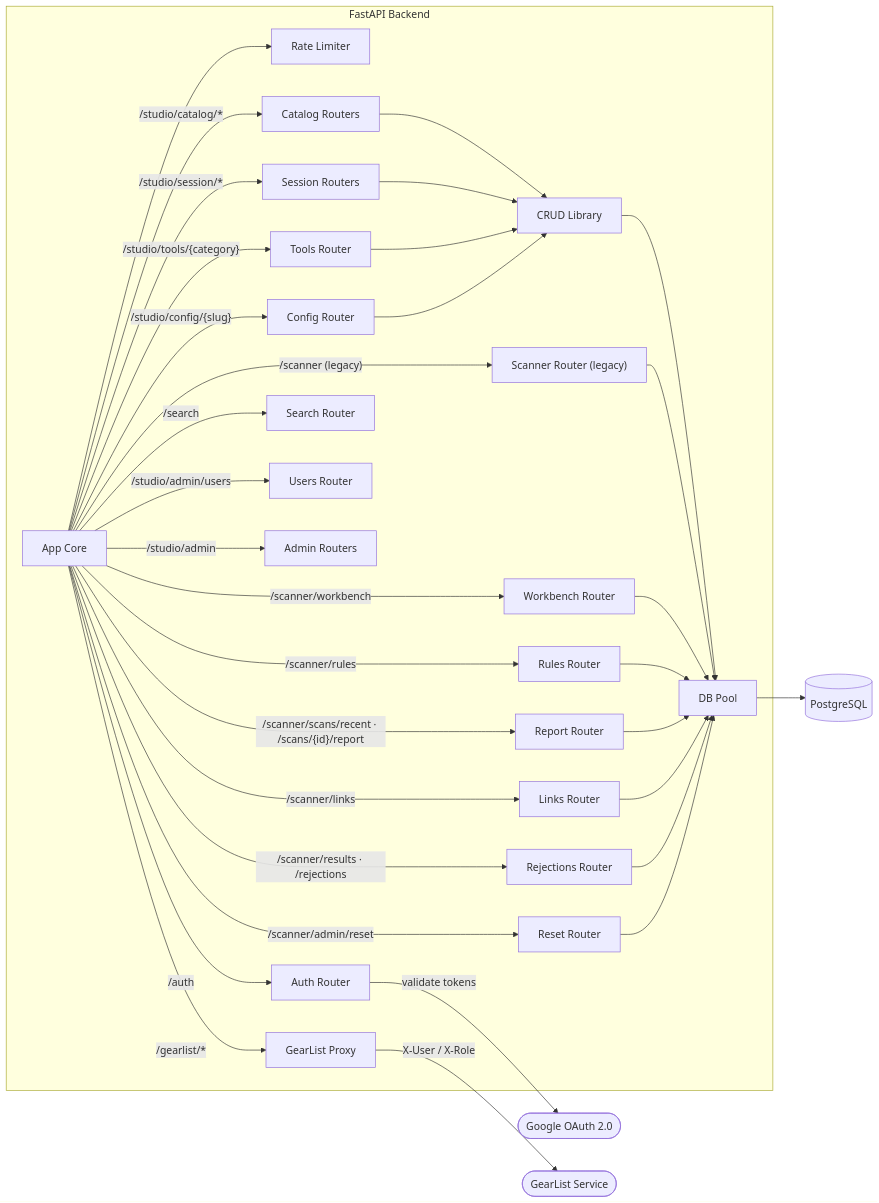
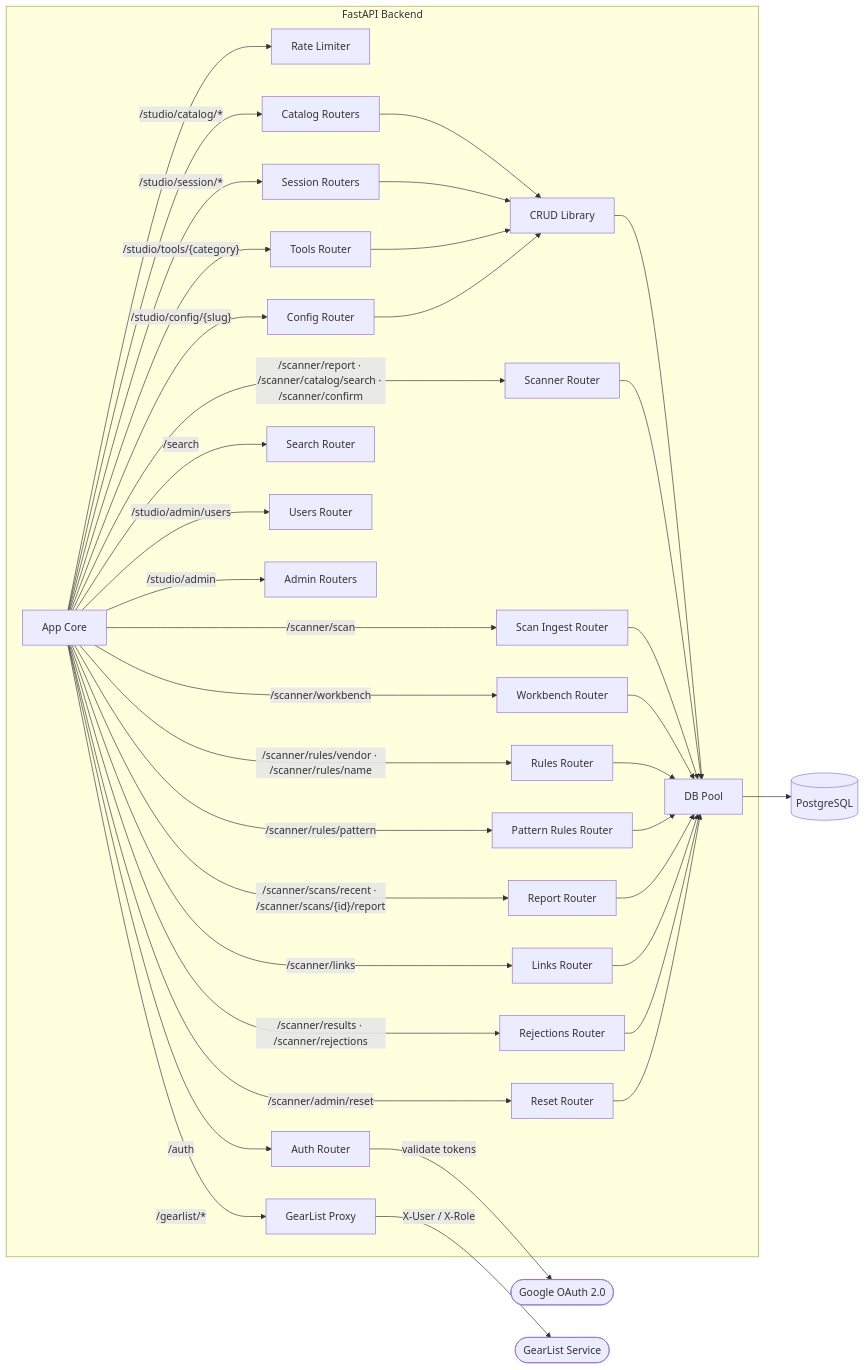
Before and after one commit to edtbl76/stud.io: the diagram in docs/arch/diagrams/l3-backend.md, drawn with Mermaid. The commit also changed other lines of this file and 7 other files, not shown here.

````diff
--- a/docs/arch/diagrams/l3-backend.md
+++ b/docs/arch/diagrams/l3-backend.md
@@ -5,62 +5,68 @@
 ```mermaid
 graph LR
     subgraph backend ["FastAPI Backend"]
         appcore["App Core"]
         limiter["Rate Limiter"]
         authrouter["Auth Router"]
         catalogrouters["Catalog Routers"]
         sessionrouters["Session Routers"]
         toolsrouter["Tools Router"]
         configrouter["Config Router"]
         searchrouter["Search Router"]
         usersrouter["Users Router"]
         adminrouters["Admin Routers"]
         gearlistrouter["GearList Proxy"]
-        scannerrouter["Scanner Router (legacy)"]
+        scannerrouter["Scanner Router"]
+        ingestrouter["Scan Ingest Router"]
+        patternrulesrouter["Pattern Rules Router"]
         workbenchrouter["Workbench Router"]
         rulesrouter["Rules Router"]
         reportrouter["Report Router"]
         linksrouter["Links Router"]
         rejectionsrouter["Rejections Router"]
         resetrouter["Reset Router"]
         crudlib["CRUD Library"]
         dbpool["DB Pool"]
     end
 
     db[("PostgreSQL")]
     google(["Google OAuth 2.0"])
     gearlist(["GearList Service"])
 
     appcore --> limiter
     appcore -->|"/auth"| authrouter
     appcore -->|"/studio/catalog/*"| catalogrouters
     appcore -->|"/studio/session/*"| sessionrouters
     appcore -->|"/studio/tools/{category}"| toolsrouter
     appcore -->|"/studio/config/{slug}"| configrouter
     appcore -->|"/search"| searchrouter
     appcore -->|"/studio/admin/users"| usersrouter
     appcore -->|"/studio/admin"| adminrouters
     appcore -->|"/gearlist/*"| gearlistrouter
-    appcore -->|"/scanner (legacy)"| scannerrouter
+    appcore -->|"/scanner/report · /scanner/catalog/search · /scanner/confirm"| scannerrouter
+    appcore -->|"/scanner/scan"| ingestrouter
     appcore -->|"/scanner/workbench"| workbenchrouter
-    appcore -->|"/scanner/rules"| rulesrouter
-    appcore -->|"/scanner/scans/recent · /scans/{id}/report"| reportrouter
+    appcore -->|"/scanner/rules/vendor · /scanner/rules/name"| rulesrouter
+    appcore -->|"/scanner/rules/pattern"| patternrulesrouter
+    appcore -->|"/scanner/scans/recent · /scanner/scans/{id}/report"| reportrouter
     appcore -->|"/scanner/links"| linksrouter
-    appcore -->|"/scanner/results · /rejections"| rejectionsrouter
+    appcore -->|"/scanner/results · /scanner/rejections"| rejectionsrouter
     appcore -->|"/scanner/admin/reset"| resetrouter
     catalogrouters --> crudlib
     sessionrouters --> crudlib
     toolsrouter --> crudlib
     configrouter --> crudlib
     crudlib --> dbpool
     scannerrouter --> dbpool
+    ingestrouter --> dbpool
     workbenchrouter --> dbpool
     rulesrouter --> dbpool
+    patternrulesrouter --> dbpool
     reportrouter --> dbpool
     linksrouter --> dbpool
     rejectionsrouter --> dbpool
     resetrouter --> dbpool
     dbpool --> db
     authrouter -->|"validate tokens"| google
     gearlistrouter -->|"X-User / X-Role"| gearlist
 ```
````
